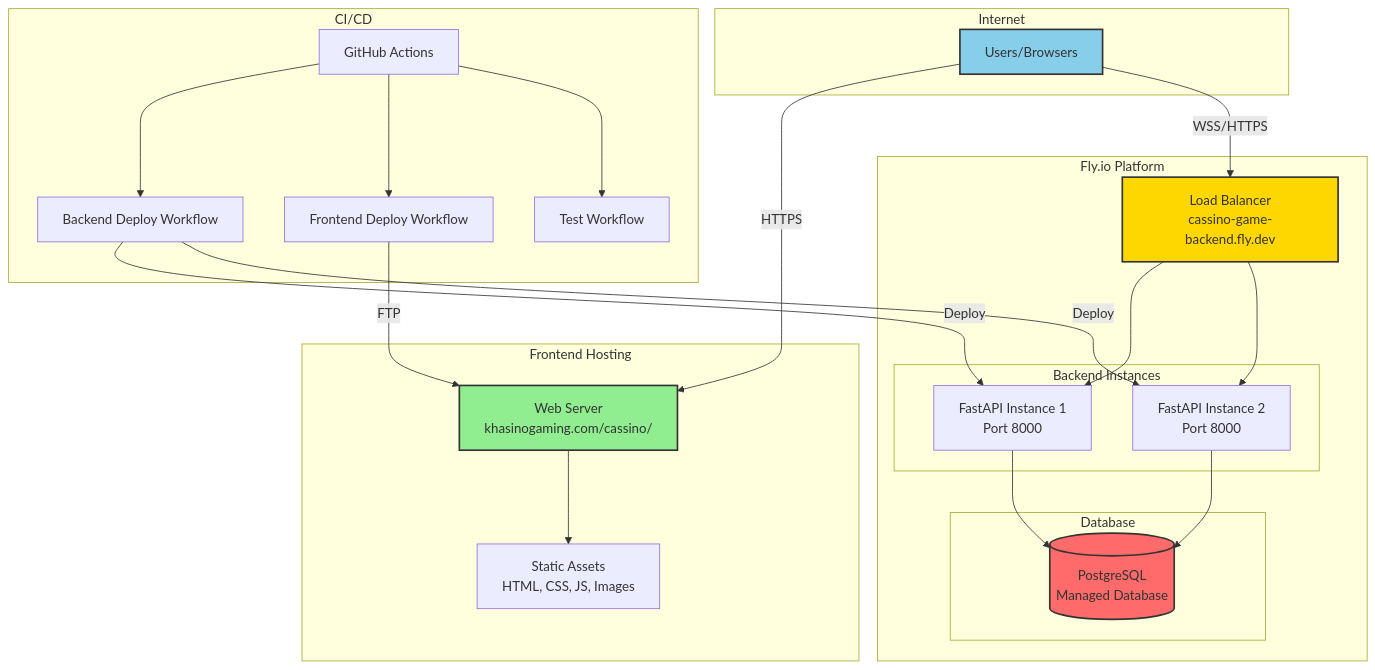
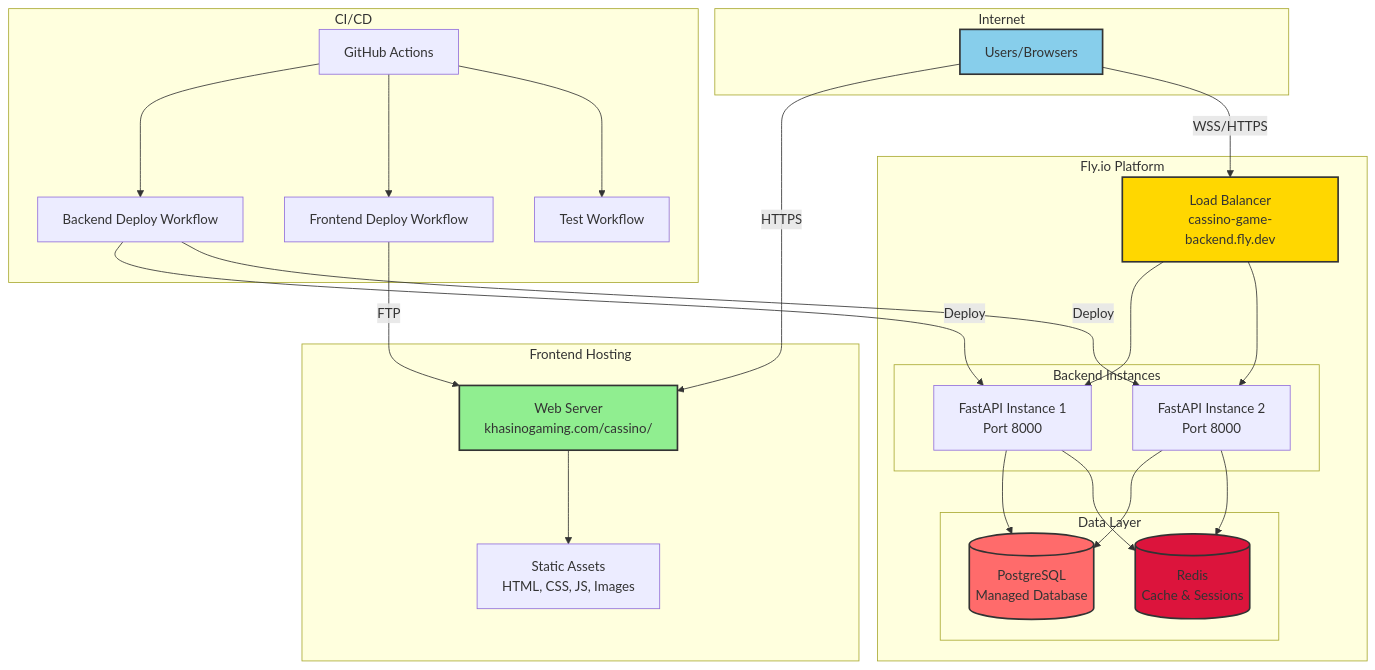
Before and after one commit to Malungisa-Mndzebele/cassino-card-game: diagram 17 of 19 in .kiro/specs/complete-app-documentation/ARCHITECTURE_DIAGRAMS.md, drawn with Mermaid. The commit also changed other lines of this file and 198 other files, not shown here.

````diff
--- a/.kiro/specs/complete-app-documentation/ARCHITECTURE_DIAGRAMS.md
+++ b/.kiro/specs/complete-app-documentation/ARCHITECTURE_DIAGRAMS.md
@@ -536,51 +654,55 @@
 ```mermaid
 graph TB
     subgraph Internet
         U[Users/Browsers]
     end
     
     subgraph Frontend Hosting
         CDN[Web Server<br/>khasinogaming.com/cassino/]
         STATIC[Static Assets<br/>HTML, CSS, JS, Images]
     end
     
     subgraph Fly.io Platform
         LB[Load Balancer<br/>cassino-game-backend.fly.dev]
         
         subgraph Backend Instances
             BE1[FastAPI Instance 1<br/>Port 8000]
             BE2[FastAPI Instance 2<br/>Port 8000]
         end
         
-        subgraph Database
+        subgraph Data Layer
             PG[(PostgreSQL<br/>Managed Database)]
+            RD[(Redis<br/>Cache & Sessions)]
         end
     end
     
     subgraph CI/CD
         GH[GitHub Actions]
         GH1[Backend Deploy Workflow]
         GH2[Frontend Deploy Workflow]
         GH3[Test Workflow]
     end
     
     U -->|HTTPS| CDN
     U -->|WSS/HTTPS| LB
     CDN --> STATIC
     LB --> BE1
     LB --> BE2
     BE1 --> PG
     BE2 --> PG
+    BE1 --> RD
+    BE2 --> RD
     
     GH --> GH1
     GH --> GH2
     GH --> GH3
     GH1 -->|Deploy| BE1
     GH1 -->|Deploy| BE2
     GH2 -->|FTP| CDN
     
     style U fill:#87CEEB,stroke:#333,stroke-width:2px
     style CDN fill:#90EE90,stroke:#333,stroke-width:2px
     style LB fill:#FFD700,stroke:#333,stroke-width:2px
     style PG fill:#FF6B6B,stroke:#333,stroke-width:2px
+    style RD fill:#DC143C,stroke:#333,stroke-width:2px
 ```
````
